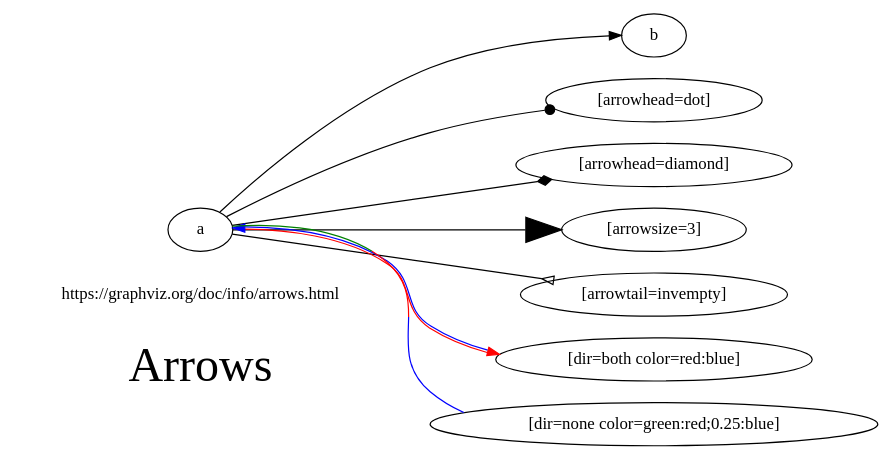
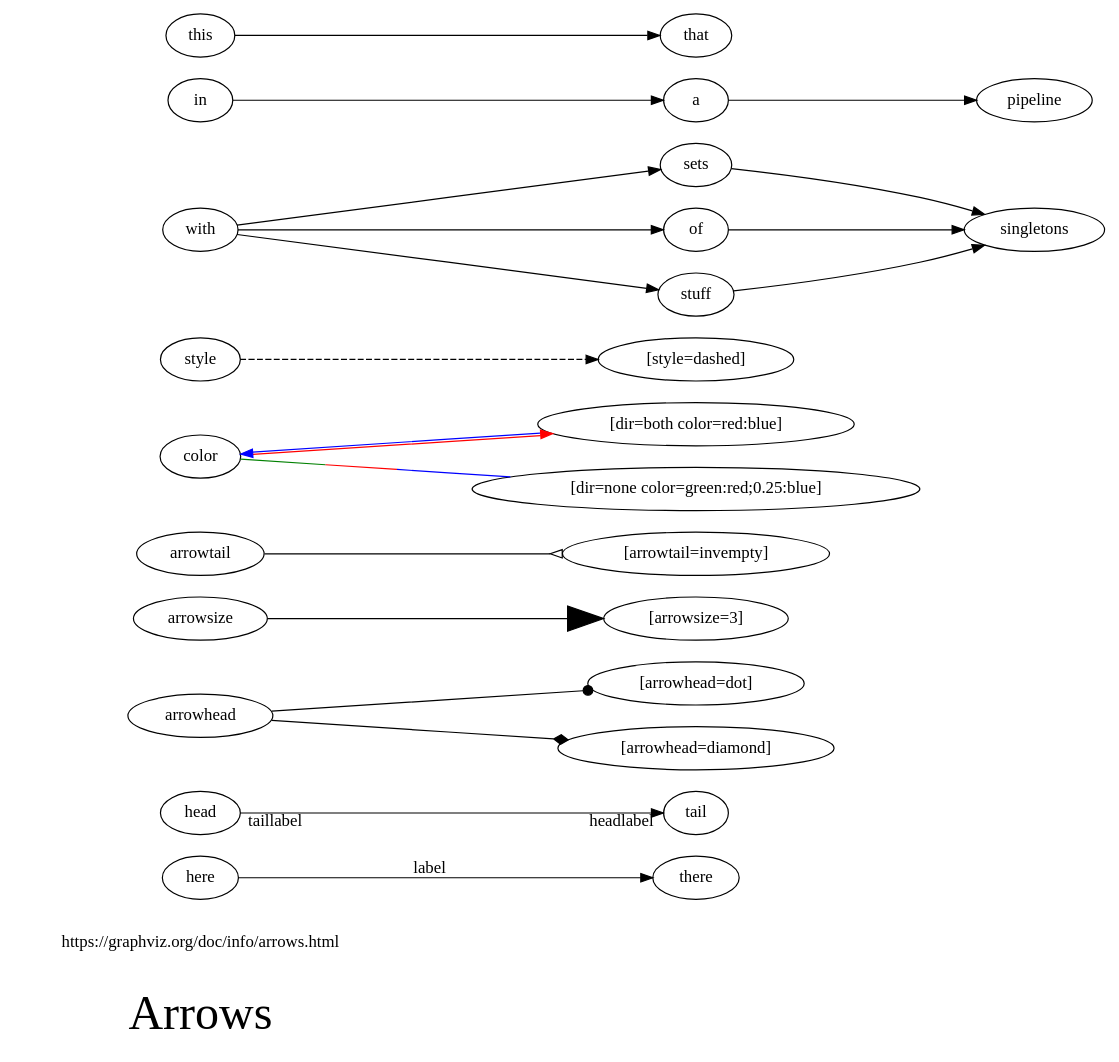
Before and after one commit to curtcox/practical-graphviz: the diagram in arrows.dot, drawn with Graphviz. The commit also changed 5 other files, not shown here.

Commit message:
New graphs.

```diff
--- a/arrows.dot
+++ b/arrows.dot
@@ -1,16 +1,24 @@
 digraph G {
 
- rankdir=LR
- "Arrows"[shape=none fontsize=40]
+"Arrows"[shape=none fontsize=40]
 
- title[label="https://graphviz.org/doc/info/arrows.html" URL="https://graphviz.org/doc/info/arrows.html" shape=none]
+rankdir=LR
 
- a -> b
- a -> "[arrowhead=dot]" [arrowhead=dot]
- a -> "[arrowhead=diamond]" [arrowhead=diamond]
- a -> "[arrowsize=3]" [arrowsize=3]
- a -> "[arrowtail=invempty]" [arrowhead="invempty"]
- a -> "[dir=both color=red:blue]" [dir=both color="red:blue"]
- a -> "[dir=none color=green:red;0.25:blue]" [dir=none color="green:red;0.25:blue"]
+title[label="https://graphviz.org/doc/info/arrows.html" URL="https://graphviz.org/doc/info/arrows.html" shape=none]
+
+here -> there [label=label]
+head -> tail [taillabel=taillabel headlabel=headlabel]
+
+arrowhead -> "[arrowhead=dot]" [arrowhead=dot]
+arrowhead -> "[arrowhead=diamond]" [arrowhead=diamond]
+arrowsize -> "[arrowsize=3]" [arrowsize=3]
+arrowtail-> "[arrowtail=invempty]" [arrowhead="invempty"]
+color -> "[dir=both color=red:blue]" [dir=both color="red:blue"]
+style -> "[style=dashed]" [style=dashed]
+color -> "[dir=none color=green:red;0.25:blue]" [dir=none color="green:red;0.25:blue"]
+
+with -> {sets, of, stuff} -> {singletons}
+in -> a -> pipeline
+this -> that
 
 }
```
